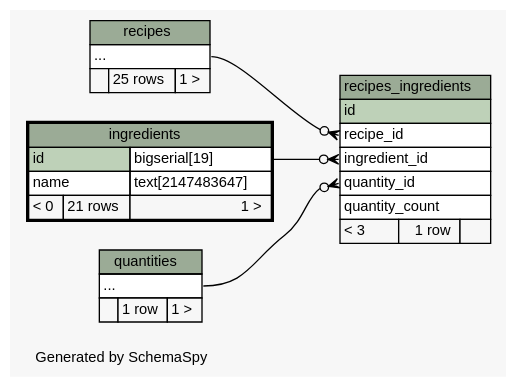
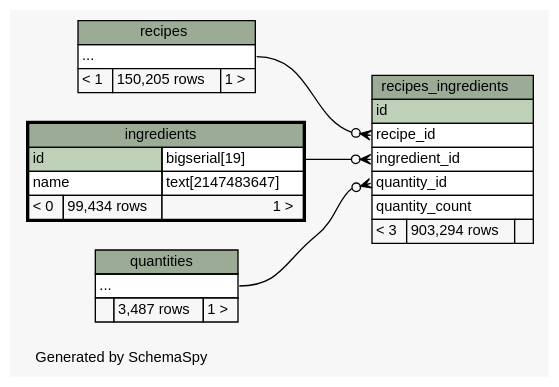
One commit to pianiel/food-net changed the diagram in doc/diagrams/ingredients.2degrees.dot. Above: the diagram before and after it, drawn with Graphviz. The commit also changed 39 other files, not shown here.

Commit message:
updated database schema

```diff
--- a/doc/diagrams/ingredients.2degrees.dot
+++ b/doc/diagrams/ingredients.2degrees.dot
@@ -1,70 +1,70 @@
-// dot 2.26.3 on Linux 3.8.0-31-generic
+// dot 2.26.3 on Linux 3.8.0-33-generic
 // SchemaSpy rev 590
 digraph "twoDegreesRelationshipsDiagram" {
   graph [
     rankdir="RL"
     bgcolor="#f7f7f7"
     label="\nGenerated by SchemaSpy"
     labeljust="l"
     nodesep="0.18"
     ranksep="0.46"
     fontname="Helvetica"
     fontsize="11"
   ];
   node [
     fontname="Helvetica"
     fontsize="11"
     shape="plaintext"
   ];
   edge [
     arrowsize="0.8"
   ];
   "recipes_ingredients":"ingredient_id":w -> "ingredients":"id.type":e [arrowhead=none dir=back arrowtail=crowodot];
   "recipes_ingredients":"quantity_id":w -> "quantities":"elipses":e [arrowhead=none dir=back arrowtail=crowodot];
   "recipes_ingredients":"recipe_id":w -> "recipes":"elipses":e [arrowhead=none dir=back arrowtail=crowodot];
   "ingredients" [
     label=<
     <TABLE BORDER="2" CELLBORDER="1" CELLSPACING="0" BGCOLOR="#ffffff">
       <TR><TD COLSPAN="3" BGCOLOR="#9bab96" ALIGN="CENTER">ingredients</TD></TR>
       <TR><TD PORT="id" COLSPAN="2" BGCOLOR="#bed1b8" ALIGN="LEFT">id</TD><TD PORT="id.type" ALIGN="LEFT">bigserial[19]</TD></TR>
       <TR><TD PORT="name" COLSPAN="2" ALIGN="LEFT">name</TD><TD PORT="name.type" ALIGN="LEFT">text[2147483647]</TD></TR>
-      <TR><TD ALIGN="LEFT" BGCOLOR="#f7f7f7">&lt; 0</TD><TD ALIGN="RIGHT" BGCOLOR="#f7f7f7">21 rows</TD><TD ALIGN="RIGHT" BGCOLOR="#f7f7f7">1 &gt;</TD></TR>
+      <TR><TD ALIGN="LEFT" BGCOLOR="#f7f7f7">&lt; 0</TD><TD ALIGN="RIGHT" BGCOLOR="#f7f7f7">99,434 rows</TD><TD ALIGN="RIGHT" BGCOLOR="#f7f7f7">1 &gt;</TD></TR>
     </TABLE>>
     URL="ingredients.html"
     tooltip="ingredients"
   ];
   "quantities" [
     label=<
     <TABLE BORDER="0" CELLBORDER="1" CELLSPACING="0" BGCOLOR="#ffffff">
       <TR><TD COLSPAN="3" BGCOLOR="#9bab96" ALIGN="CENTER">quantities</TD></TR>
       <TR><TD PORT="elipses" COLSPAN="3" ALIGN="LEFT">...</TD></TR>
-      <TR><TD ALIGN="LEFT" BGCOLOR="#f7f7f7">  </TD><TD ALIGN="RIGHT" BGCOLOR="#f7f7f7">1 row</TD><TD ALIGN="RIGHT" BGCOLOR="#f7f7f7">1 &gt;</TD></TR>
+      <TR><TD ALIGN="LEFT" BGCOLOR="#f7f7f7">  </TD><TD ALIGN="RIGHT" BGCOLOR="#f7f7f7">3,487 rows</TD><TD ALIGN="RIGHT" BGCOLOR="#f7f7f7">1 &gt;</TD></TR>
     </TABLE>>
     URL="quantities.html"
     tooltip="quantities"
   ];
   "recipes" [
     label=<
     <TABLE BORDER="0" CELLBORDER="1" CELLSPACING="0" BGCOLOR="#ffffff">
       <TR><TD COLSPAN="3" BGCOLOR="#9bab96" ALIGN="CENTER">recipes</TD></TR>
       <TR><TD PORT="elipses" COLSPAN="3" ALIGN="LEFT">...</TD></TR>
-      <TR><TD ALIGN="LEFT" BGCOLOR="#f7f7f7">  </TD><TD ALIGN="RIGHT" BGCOLOR="#f7f7f7">25 rows</TD><TD ALIGN="RIGHT" BGCOLOR="#f7f7f7">1 &gt;</TD></TR>
+      <TR><TD ALIGN="LEFT" BGCOLOR="#f7f7f7">&lt; 1</TD><TD ALIGN="RIGHT" BGCOLOR="#f7f7f7">150,205 rows</TD><TD ALIGN="RIGHT" BGCOLOR="#f7f7f7">1 &gt;</TD></TR>
     </TABLE>>
     URL="recipes.html"
     tooltip="recipes"
   ];
   "recipes_ingredients" [
     label=<
     <TABLE BORDER="0" CELLBORDER="1" CELLSPACING="0" BGCOLOR="#ffffff">
       <TR><TD COLSPAN="3" BGCOLOR="#9bab96" ALIGN="CENTER">recipes_ingredients</TD></TR>
       <TR><TD PORT="id" COLSPAN="3" BGCOLOR="#bed1b8" ALIGN="LEFT">id</TD></TR>
       <TR><TD PORT="recipe_id" COLSPAN="3" ALIGN="LEFT">recipe_id</TD></TR>
       <TR><TD PORT="ingredient_id" COLSPAN="3" ALIGN="LEFT">ingredient_id</TD></TR>
       <TR><TD PORT="quantity_id" COLSPAN="3" ALIGN="LEFT">quantity_id</TD></TR>
       <TR><TD PORT="quantity_count" COLSPAN="3" ALIGN="LEFT">quantity_count</TD></TR>
-      <TR><TD ALIGN="LEFT" BGCOLOR="#f7f7f7">&lt; 3</TD><TD ALIGN="RIGHT" BGCOLOR="#f7f7f7">1 row</TD><TD ALIGN="RIGHT" BGCOLOR="#f7f7f7">  </TD></TR>
+      <TR><TD ALIGN="LEFT" BGCOLOR="#f7f7f7">&lt; 3</TD><TD ALIGN="RIGHT" BGCOLOR="#f7f7f7">903,294 rows</TD><TD ALIGN="RIGHT" BGCOLOR="#f7f7f7">  </TD></TR>
     </TABLE>>
     URL="recipes_ingredients.html"
     tooltip="recipes_ingredients"
   ];
 }
```
